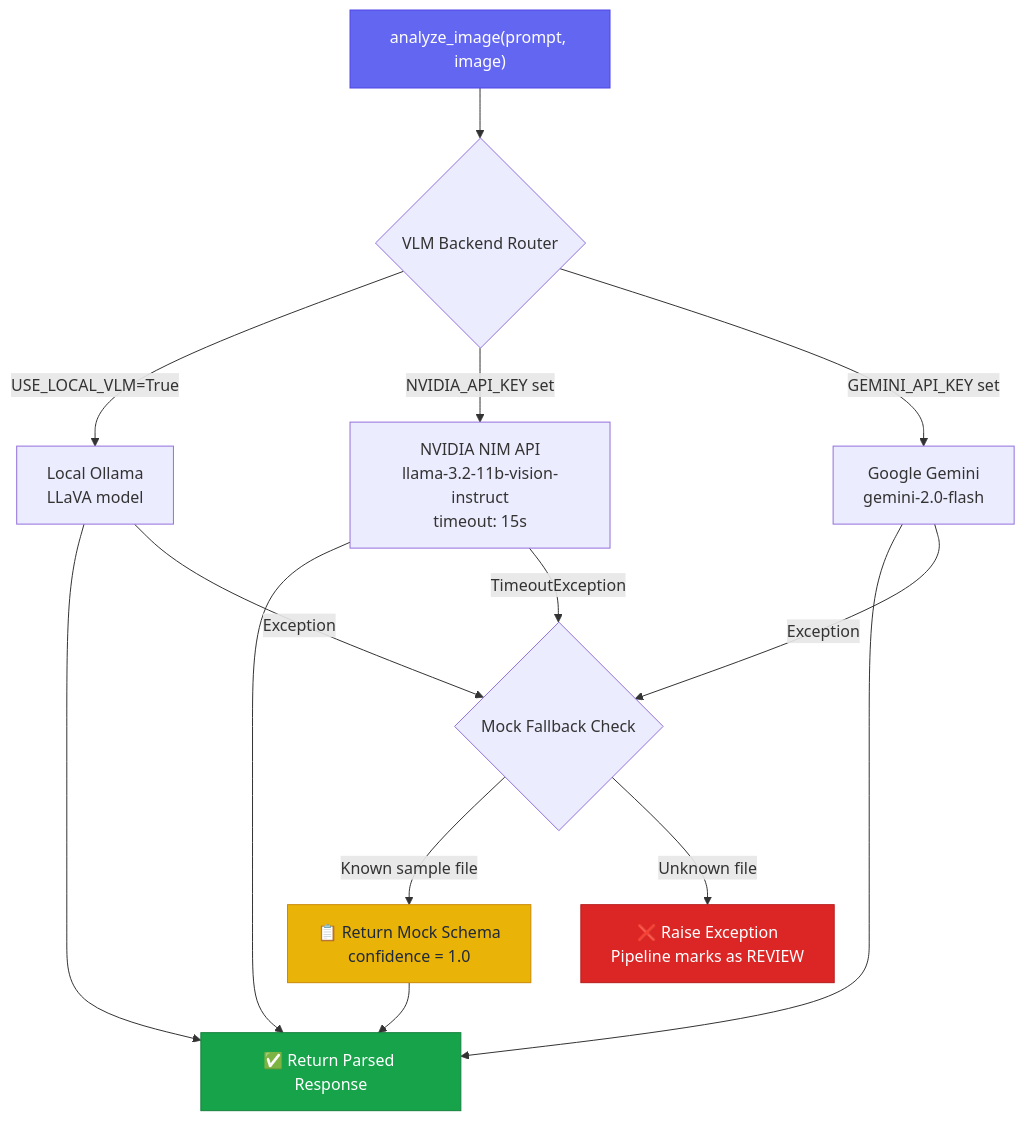
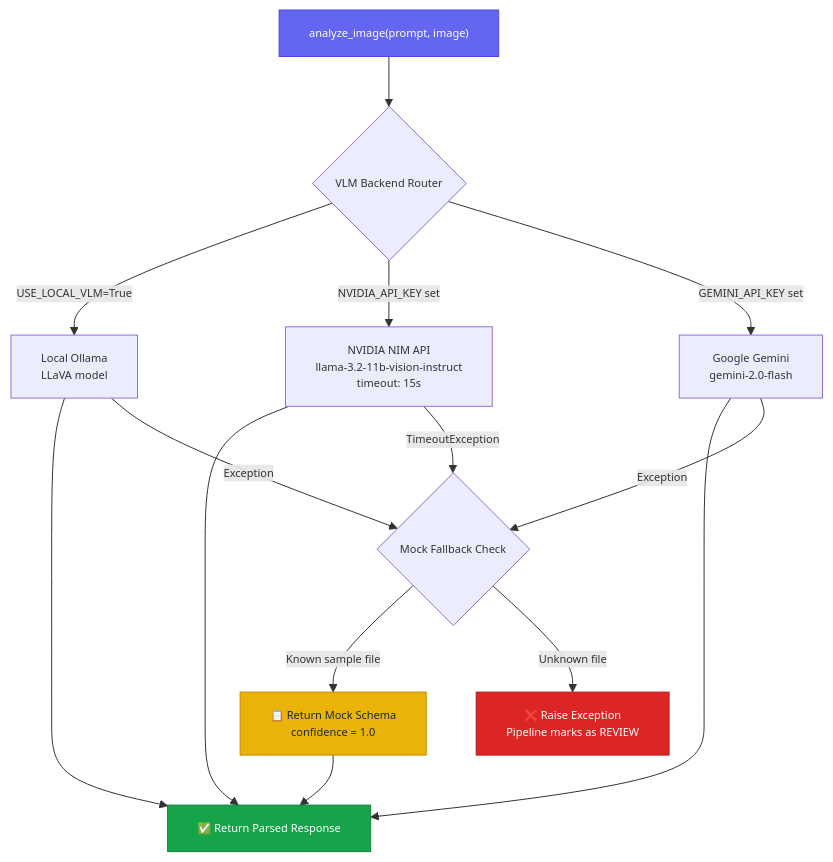
The fourth of 4 diagrams in workflow/pipeline_flow.md (the-write-path-code/ch06-multimodal-perception), drawn with Mermaid before and after one commit. The commit also changed other lines of this file, not shown here.

Commit message:
Update mermaid diagrams in pipeline_flow.md

````diff
--- a/workflow/pipeline_flow.md
+++ b/workflow/pipeline_flow.md
@@ -186,27 +189,28 @@
 ```mermaid
+%%{init: {"themeVariables": {"fontFamily": "Arial, Helvetica, sans-serif", "fontSize": "11px", "actorFontSize": "11px", "noteFontSize": "10px", "messageFontSize": "10px"}}}%%
 graph TD
     Request["analyze_image(prompt, image)"] --> Router{"VLM Backend Router"}
     
     Router -->|"USE_LOCAL_VLM=True"| Ollama["Local Ollama<br/>LLaVA model"]
     Router -->|"NVIDIA_API_KEY set"| NVIDIA["NVIDIA NIM API<br/>llama-3.2-11b-vision-instruct<br/>timeout: 15s"]
     Router -->|"GEMINI_API_KEY set"| Gemini["Google Gemini<br/>gemini-2.0-flash"]
     
     Ollama --> Success["✅ Return Parsed Response"]
     NVIDIA --> Success
     Gemini --> Success
     
     NVIDIA -->|"TimeoutException"| Fallback{"Mock Fallback Check"}
     Gemini -->|"Exception"| Fallback
     Ollama -->|"Exception"| Fallback
     
     Fallback -->|"Known sample file"| MockResponse["📋 Return Mock Schema<br/>confidence = 1.0"]
     Fallback -->|"Unknown file"| RaiseError["❌ Raise Exception<br/>Pipeline marks as REVIEW"]
     
     MockResponse --> Success
 
     %% Styling
     style Request fill:#6366f1,color:#fff,stroke:#4f46e5
     style Success fill:#16a34a,color:#fff,stroke:#15803d
     style MockResponse fill:#eab308,color:#1e293b,stroke:#ca8a04
     style RaiseError fill:#dc2626,color:#fff,stroke:#b91c1c
 ```
````
